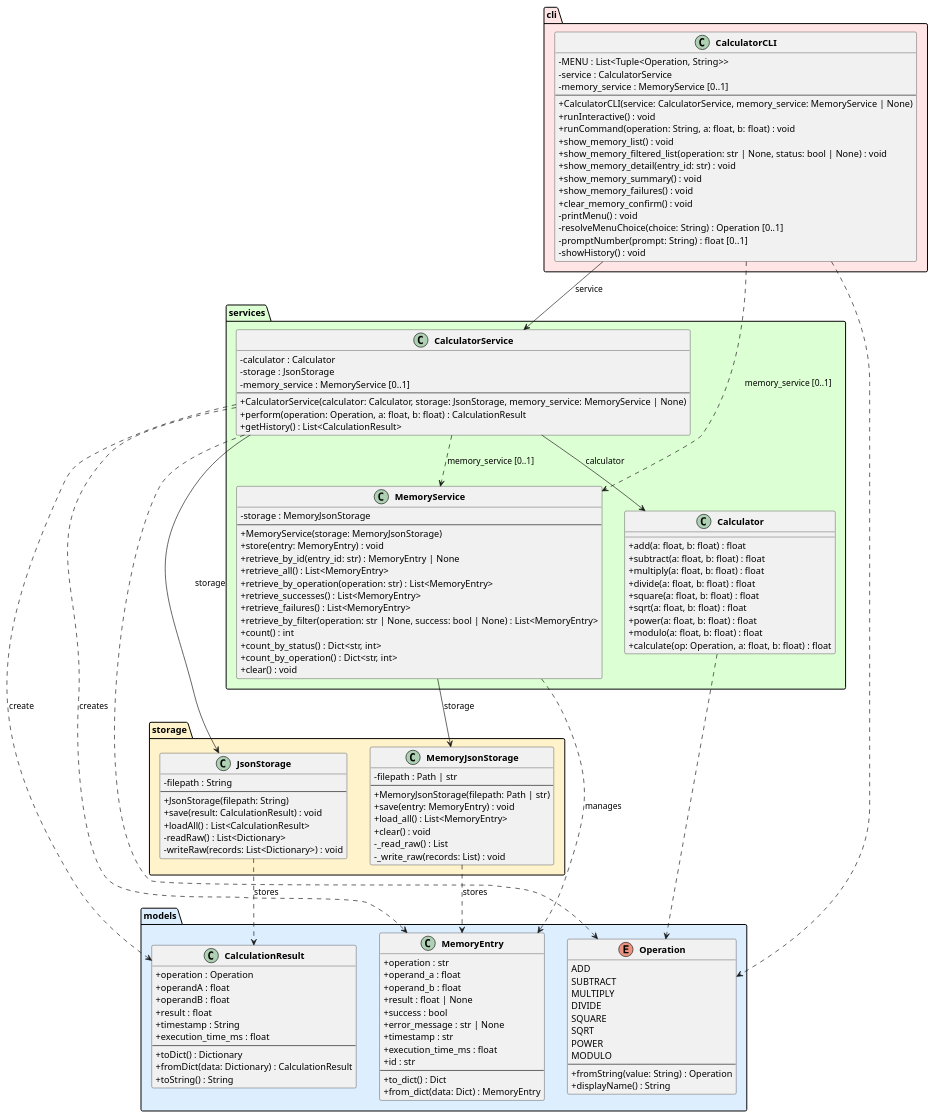
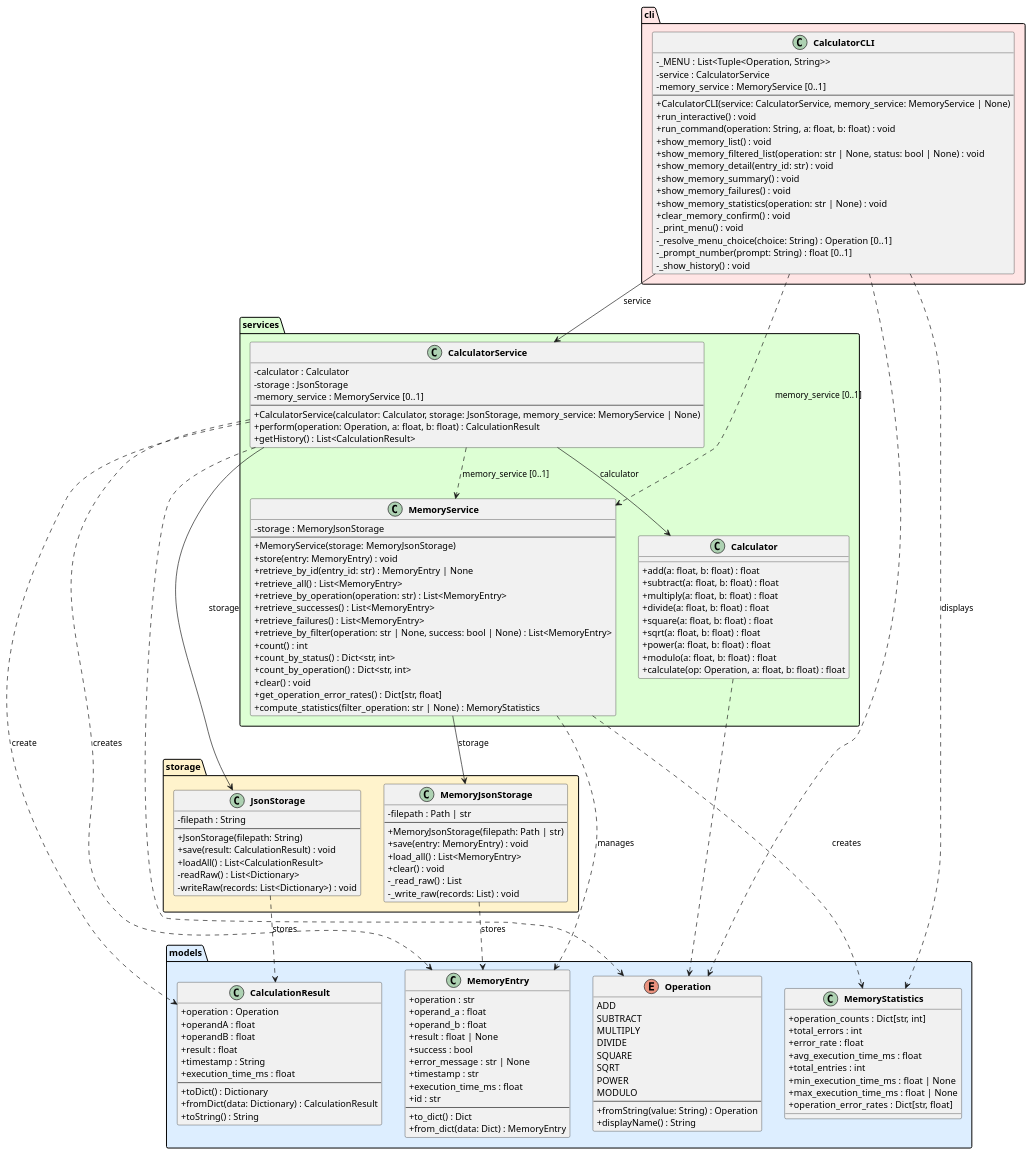
One commit to DanielRiha8906/Software_autoevolution_using_agents changed the diagram in experiments/supervisor_as_tools/structured_text/calculator/artifacts/class_diagram.puml. Above: the diagram before and after it, drawn with PlantUML. The commit also changed 9 other files, not shown here.

```diff
--- a/experiments/supervisor_as_tools/structured_text/calculator/artifacts/class_diagram.puml
+++ b/experiments/supervisor_as_tools/structured_text/calculator/artifacts/class_diagram.puml
@@ -1,152 +1,168 @@
 @startuml class_diagram
 
 skinparam classAttributeIconSize 0
 skinparam classFontStyle bold
 
 package "models" #DDEEFF {
     enum Operation {
         ADD
         SUBTRACT
         MULTIPLY
         DIVIDE
         SQUARE
         SQRT
         POWER
         MODULO
         --
         +fromString(value: String) : Operation
         +displayName() : String
     }
 
     class CalculationResult {
         +operation : Operation
         +operandA : float
         +operandB : float
         +result : float
         +timestamp : String
         +execution_time_ms : float
         --
         +toDict() : Dictionary
         +fromDict(data: Dictionary) : CalculationResult
         +toString() : String
     }
 
     class MemoryEntry {
         +operation : str
         +operand_a : float
         +operand_b : float
         +result : float | None
         +success : bool
         +error_message : str | None
         +timestamp : str
         +execution_time_ms : float
         +id : str
         --
         +to_dict() : Dict
         +from_dict(data: Dict) : MemoryEntry
     }
+
+    class MemoryStatistics {
+        +operation_counts : Dict[str, int]
+        +total_errors : int
+        +error_rate : float
+        +avg_execution_time_ms : float
+        +total_entries : int
+        +min_execution_time_ms : float | None
+        +max_execution_time_ms : float | None
+        +operation_error_rates : Dict[str, float]
+    }
 }
 
 package "services" #DDFFD4 {
     class Calculator {
         +add(a: float, b: float) : float
         +subtract(a: float, b: float) : float
         +multiply(a: float, b: float) : float
         +divide(a: float, b: float) : float
         +square(a: float, b: float) : float
         +sqrt(a: float, b: float) : float
         +power(a: float, b: float) : float
         +modulo(a: float, b: float) : float
         +calculate(op: Operation, a: float, b: float) : float
     }
 
     class CalculatorService {
         -calculator : Calculator
         -storage : JsonStorage
         -memory_service : MemoryService [0..1]
         --
         +CalculatorService(calculator: Calculator, storage: JsonStorage, memory_service: MemoryService | None)
         +perform(operation: Operation, a: float, b: float) : CalculationResult
         +getHistory() : List<CalculationResult>
     }
 
     class MemoryService {
         -storage : MemoryJsonStorage
         --
         +MemoryService(storage: MemoryJsonStorage)
         +store(entry: MemoryEntry) : void
         +retrieve_by_id(entry_id: str) : MemoryEntry | None
         +retrieve_all() : List<MemoryEntry>
         +retrieve_by_operation(operation: str) : List<MemoryEntry>
         +retrieve_successes() : List<MemoryEntry>
         +retrieve_failures() : List<MemoryEntry>
         +retrieve_by_filter(operation: str | None, success: bool | None) : List<MemoryEntry>
         +count() : int
         +count_by_status() : Dict<str, int>
         +count_by_operation() : Dict<str, int>
         +clear() : void
+        +get_operation_error_rates() : Dict[str, float]
+        +compute_statistics(filter_operation: str | None) : MemoryStatistics
     }
 }
 
 package "storage" #FFF3CC {
     class JsonStorage {
         -filepath : String
         --
         +JsonStorage(filepath: String)
         +save(result: CalculationResult) : void
         +loadAll() : List<CalculationResult>
         -readRaw() : List<Dictionary>
         -writeRaw(records: List<Dictionary>) : void
     }
 
     class MemoryJsonStorage {
         -filepath : Path | str
         --
         +MemoryJsonStorage(filepath: Path | str)
         +save(entry: MemoryEntry) : void
         +load_all() : List<MemoryEntry>
         +clear() : void
         -_read_raw() : List
         -_write_raw(records: List) : void
     }
 }
 
 package "cli" #FFE5E5 {
     class CalculatorCLI {
-        -MENU : List<Tuple<Operation, String>>
+        -_MENU : List<Tuple<Operation, String>>
         -service : CalculatorService
         -memory_service : MemoryService [0..1]
         --
         +CalculatorCLI(service: CalculatorService, memory_service: MemoryService | None)
-        +runInteractive() : void
-        +runCommand(operation: String, a: float, b: float) : void
+        +run_interactive() : void
+        +run_command(operation: String, a: float, b: float) : void
         +show_memory_list() : void
         +show_memory_filtered_list(operation: str | None, status: bool | None) : void
         +show_memory_detail(entry_id: str) : void
         +show_memory_summary() : void
         +show_memory_failures() : void
+        +show_memory_statistics(operation: str | None) : void
         +clear_memory_confirm() : void
-        -printMenu() : void
-        -resolveMenuChoice(choice: String) : Operation [0..1]
-        -promptNumber(prompt: String) : float [0..1]
-        -showHistory() : void
+        -_print_menu() : void
+        -_resolve_menu_choice(choice: String) : Operation [0..1]
+        -_prompt_number(prompt: String) : float [0..1]
+        -_show_history() : void
     }
 }
 
 CalculatorCLI --> CalculatorService : service
 CalculatorCLI ..> MemoryService : memory_service [0..1]
+CalculatorCLI ..> MemoryStatistics : displays
 CalculatorService --> Calculator : calculator
 CalculatorService --> JsonStorage : storage
 CalculatorService ..> MemoryService : memory_service [0..1]
 MemoryService --> MemoryJsonStorage : storage
 MemoryService ..> MemoryEntry : manages
+MemoryService ..> MemoryStatistics : creates
 
 CalculatorService ..> CalculationResult : create
 CalculatorService ..> MemoryEntry : creates
 CalculatorService ..> Operation
 CalculatorCLI ..> Operation
 Calculator ..> Operation
 JsonStorage ..> CalculationResult : stores
 MemoryJsonStorage ..> MemoryEntry : stores
 
 @enduml
```
